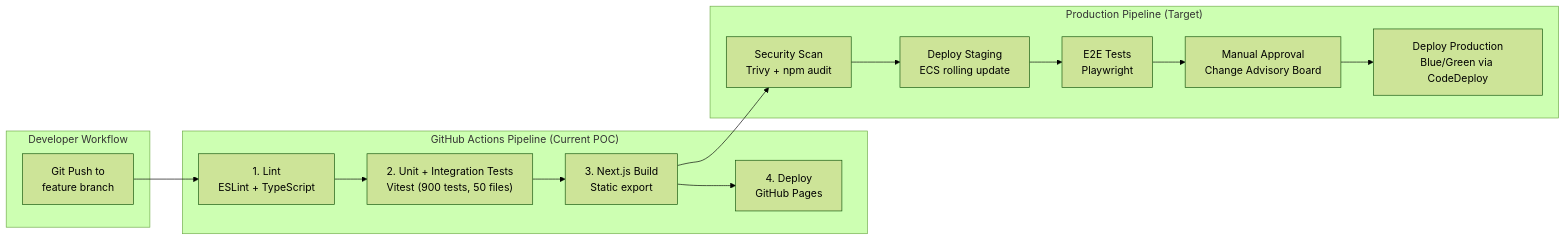
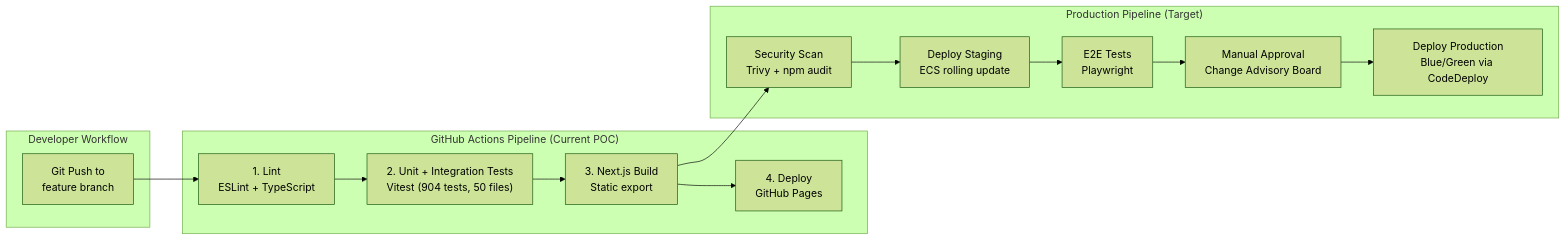
The ninth of 9 diagrams in docs/architecture.md (macleoda-leidos/aib-iaas-poc), drawn with Mermaid (forest theme) before and after one commit. The commit also changed other lines of this file and 7 other files, not shown here.

````diff
--- a/docs/architecture.md
+++ b/docs/architecture.md
@@ -742,24 +742,24 @@
 ```mermaid
 graph LR
     subgraph "Developer Workflow"
         commit["Git Push to<br/>feature branch"]
     end
 
     subgraph "GitHub Actions Pipeline (Current POC)"
         lint["1. Lint<br/>ESLint + TypeScript"]
-        test["2. Unit + Integration Tests<br/>Vitest (900 tests, 50 files)"]
+        test["2. Unit + Integration Tests<br/>Vitest (904 tests, 50 files)"]
         build["3. Next.js Build<br/>Static export"]
         deploy["4. Deploy<br/>GitHub Pages"]
     end
 
     subgraph "Production Pipeline (Target)"
         scan["Security Scan<br/>Trivy + npm audit"]
         staging["Deploy Staging<br/>ECS rolling update"]
         e2e["E2E Tests<br/>Playwright"]
         approve["Manual Approval<br/>Change Advisory Board"]
         prod["Deploy Production<br/>Blue/Green via CodeDeploy"]
     end
 
     commit --> lint --> test --> build --> deploy
     build --> scan --> staging --> e2e --> approve --> prod
 ```
````
